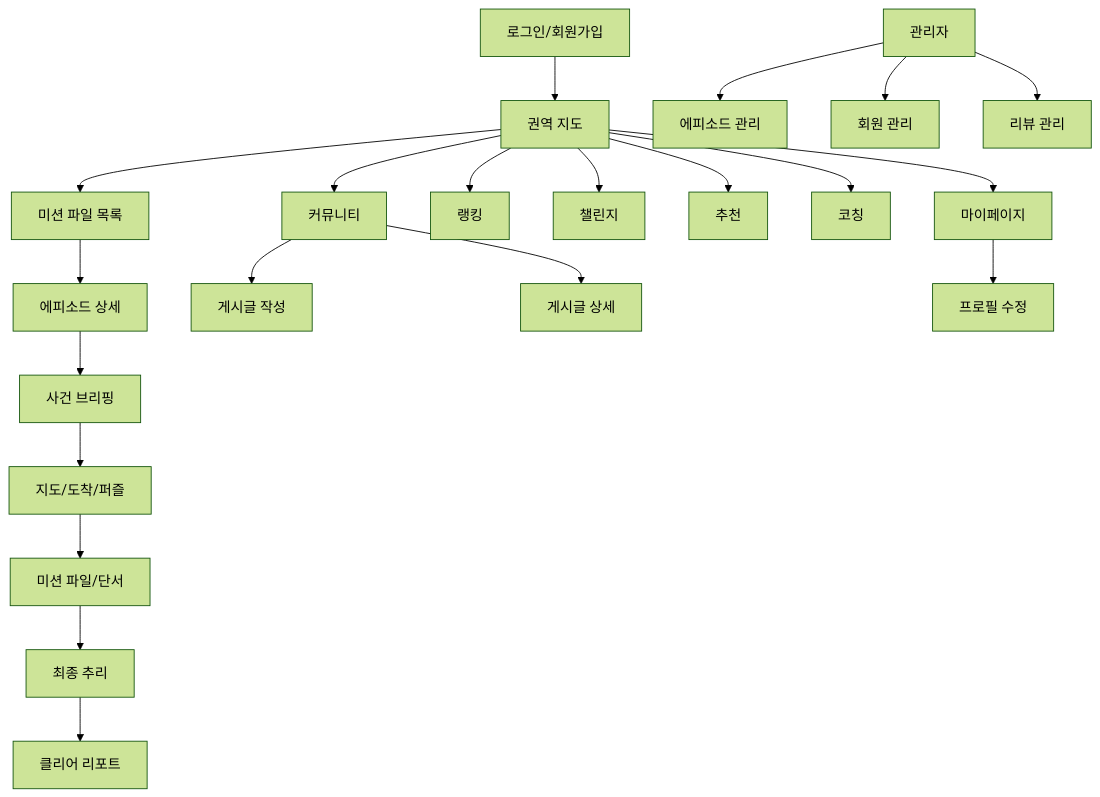
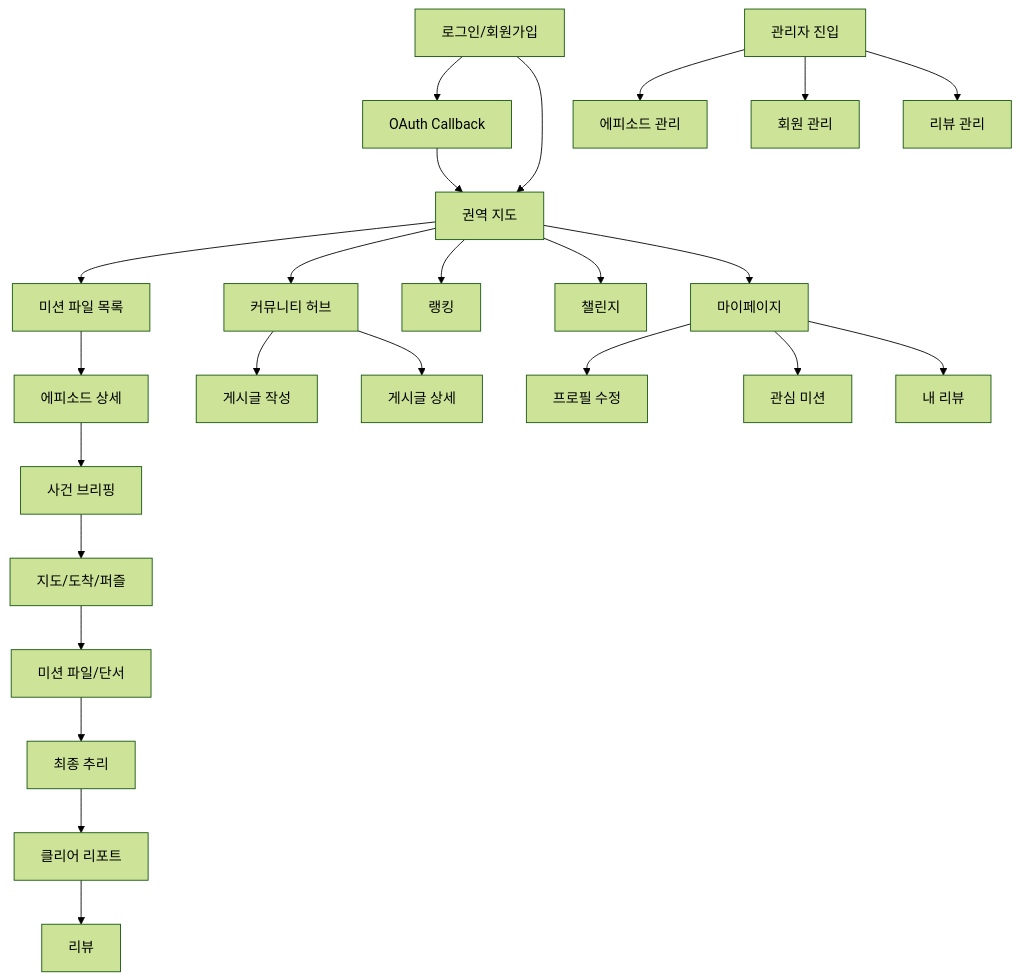
Before and after one commit to kanghyunsoon/operation-seoul: the first of 3 diagrams in docs/04_SCREEN_DESIGN.md, drawn with Mermaid (forest theme). The commit also changed other lines of this file and 84 other files, not shown here.

````diff
--- a/docs/04_SCREEN_DESIGN.md
+++ b/docs/04_SCREEN_DESIGN.md
@@ -5,23 +5,26 @@
 ```mermaid
 flowchart TB
-    Intro[로그인/회원가입] --> RegionMap[권역 지도]
+    Intro[로그인/회원가입] --> OAuth[OAuth Callback]
+    Intro --> RegionMap[권역 지도]
+    OAuth --> RegionMap
     RegionMap --> EpisodeList[미션 파일 목록]
     EpisodeList --> EpisodeDetail[에피소드 상세]
     EpisodeDetail --> Briefing[사건 브리핑]
     Briefing --> EpisodeMap[지도/도착/퍼즐]
     EpisodeMap --> CaseFile[미션 파일/단서]
     CaseFile --> Deduction[최종 추리]
     Deduction --> ClearReport[클리어 리포트]
-    RegionMap --> Community[커뮤니티]
+    ClearReport --> Reviews[리뷰]
+    RegionMap --> Community[커뮤니티 허브]
     Community --> PostWrite[게시글 작성]
     Community --> PostDetail[게시글 상세]
     RegionMap --> Ranking[랭킹]
     RegionMap --> Challenges[챌린지]
-    RegionMap --> Recommendations[추천]
-    RegionMap --> Coaching[코칭]
     RegionMap --> MyPage[마이페이지]
     MyPage --> ProfileEdit[프로필 수정]
-    Admin[관리자] --> AdminEpisodes[에피소드 관리]
-    Admin --> AdminUsers[회원 관리]
-    Admin --> AdminReviews[리뷰 관리]
+    MyPage --> Favorites[관심 미션]
+    MyPage --> MyReviews[내 리뷰]
+    AdminHome[관리자 진입] --> AdminEpisodes[에피소드 관리]
+    AdminHome --> AdminUsers[회원 관리]
+    AdminHome --> AdminReviews[리뷰 관리]
 ```
````
